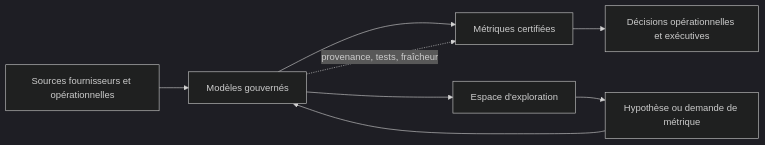
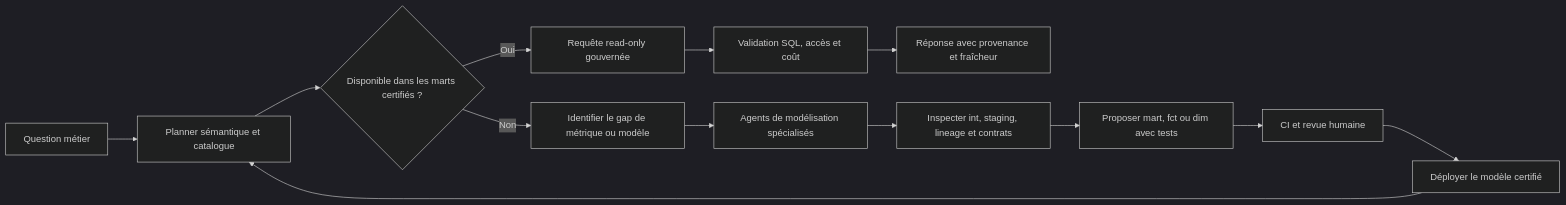
Before and after one commit to Thenkei/blog: the diagram in content/posts/self-service-analytics-that-doesnt-lie/fr.mdx, drawn with Mermaid (dark theme). The commit also changed other lines of this file and 7 other files, not shown here.

````diff
--- a/content/posts/self-service-analytics-that-doesnt-lie/fr.mdx
+++ b/content/posts/self-service-analytics-that-doesnt-lie/fr.mdx
@@ -102,10 +82,15 @@
 ```mermaid
 flowchart LR
-    A[Sources fournisseurs et opérationnelles] --> B[Modèles gouvernés]
-    B --> C[Métriques certifiées]
-    B --> D[Espace d'exploration]
-    C --> E[Décisions opérationnelles et exécutives]
-    D --> F[Hypothèse ou demande de métrique]
-    F --> B
-    B -. provenance, tests, fraîcheur .-> C
+    A[Question métier] --> B[Planner sémantique et catalogue]
+    B --> C{Disponible dans les marts certifiés ?}
+    C -->|Oui| D[Requête read-only gouvernée]
+    D --> E[Validation SQL, accès et coût]
+    E --> F[Réponse avec provenance et fraîcheur]
+    C -->|Non| G[Identifier le gap de métrique ou modèle]
+    G --> H[Agents de modélisation spécialisés]
+    H --> I[Inspecter int, staging, lineage et contrats]
+    I --> J[Proposer mart, fct ou dim avec tests]
+    J --> K[CI et revue humaine]
+    K --> L[Déployer le modèle certifié]
+    L --> B
 ```
````
